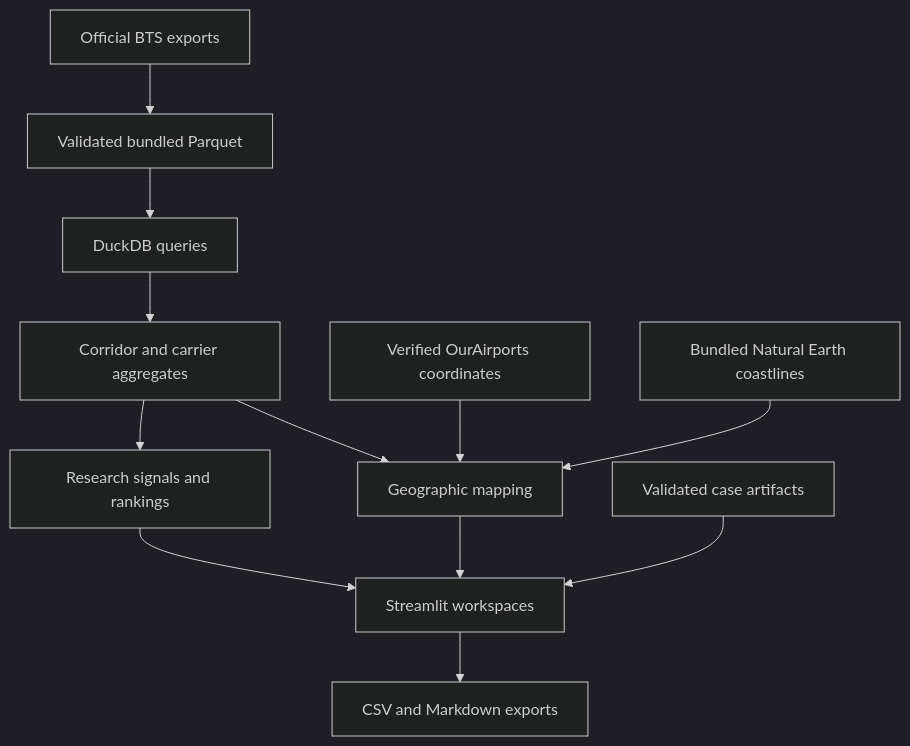
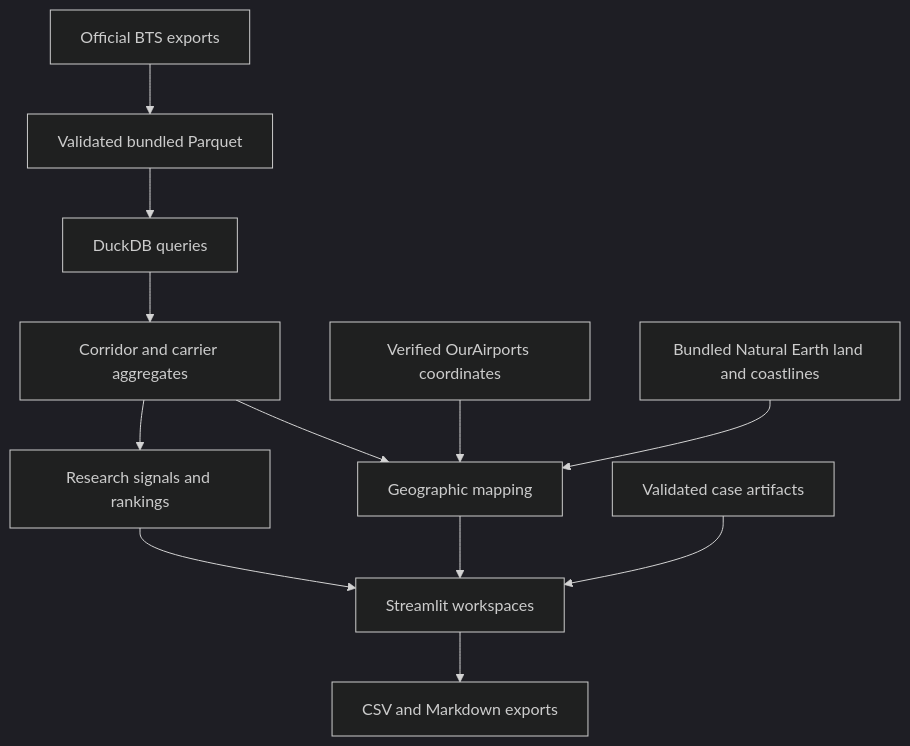
The diagram in README.md (asencerg/air-freight-signals), drawn with Mermaid (dark theme) before and after one commit. The commit also changed other lines of this file and 17 other files, not shown here.

````diff
--- a/README.md
+++ b/README.md
@@ -61,14 +61,14 @@
 ```mermaid
 flowchart TD
   BTS[Official BTS exports] --> P[Validated bundled Parquet]
   P --> D[DuckDB queries]
   D --> A[Corridor and carrier aggregates]
   A --> R[Research signals and rankings]
   R --> S[Streamlit workspaces]
   OA[Verified OurAirports coordinates] --> G[Geographic mapping]
-  NE[Bundled Natural Earth coastlines] --> G
+  NE[Bundled Natural Earth land and coastlines] --> G
   A --> G
   G --> S
   C[Validated case artifacts] --> S
   S --> E[CSV and Markdown exports]
 ```
````
